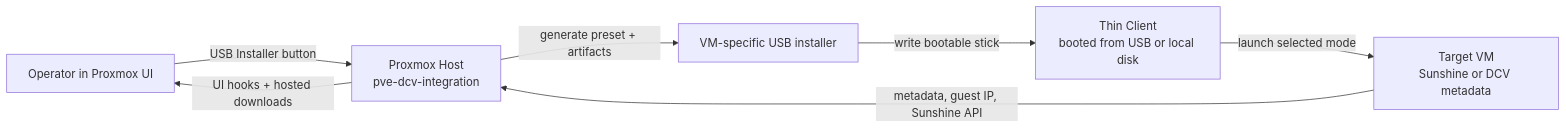
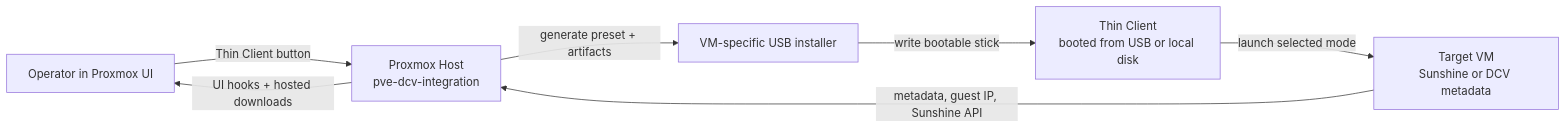
The first of 3 diagrams in README.md (meinzeug/pve-dcv-integration), drawn with Mermaid before and after one commit. The commit also changed other lines of this file and 2 other files, not shown here.

Commit message:
simplify: reduce proxmox ui to one thin client action

````diff
--- a/README.md
+++ b/README.md
@@ -56,15 +56,15 @@
 ```mermaid
 flowchart LR
     Admin["Operator in Proxmox UI"]
     PVE["Proxmox Host\npve-dcv-integration"]
     VM["Target VM\nSunshine or DCV metadata"]
     USB["VM-specific USB installer"]
     Client["Thin Client\nbooted from USB or local disk"]
 
-    Admin -->|"USB Installer button"| PVE
+    Admin -->|"Thin Client button"| PVE
     PVE -->|"generate preset + artifacts"| USB
     USB -->|"write bootable stick"| Client
     Client -->|"launch selected mode"| VM
     PVE -->|"UI hooks + hosted downloads"| Admin
     VM -->|"metadata, guest IP, Sunshine API"| PVE
 ```
````
